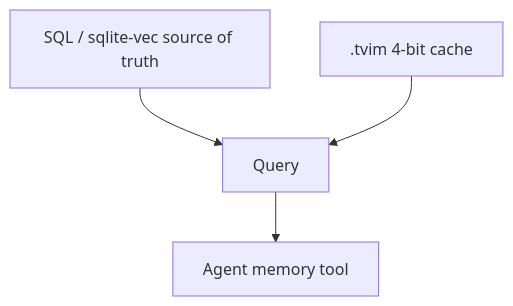
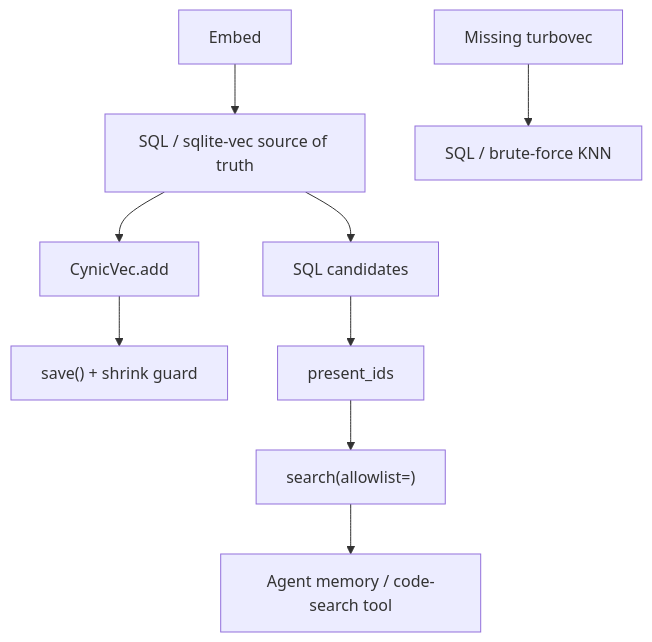
The diagram in README.md (CynicalTyr/cynicvec), drawn with Mermaid before and after one commit. The commit also changed other lines of this file and 11 other files, not shown here.

````diff
--- a/README.md
+++ b/README.md
@@ -40,8 +38,11 @@
 ```mermaid
 flowchart TB
-  SQL[SQL / sqlite-vec source of truth]
-  ANN[".tvim 4-bit cache"]
-  SQL --> Q[Query]
-  ANN --> Q
-  Q --> Agent[Agent memory tool]
+  Embed[Embed] --> SQL[SQL / sqlite-vec source of truth]
+  SQL --> Add[CynicVec.add]
+  Add --> Save["save() + shrink guard"]
+  SQL --> Cand[SQL candidates]
+  Cand --> Present[present_ids]
+  Present --> Search["search(allowlist=)"]
+  Search --> Agent[Agent memory / code-search tool]
+  Miss[Missing turbovec] --> SQLKNN[SQL / brute-force KNN]
 ```
````
